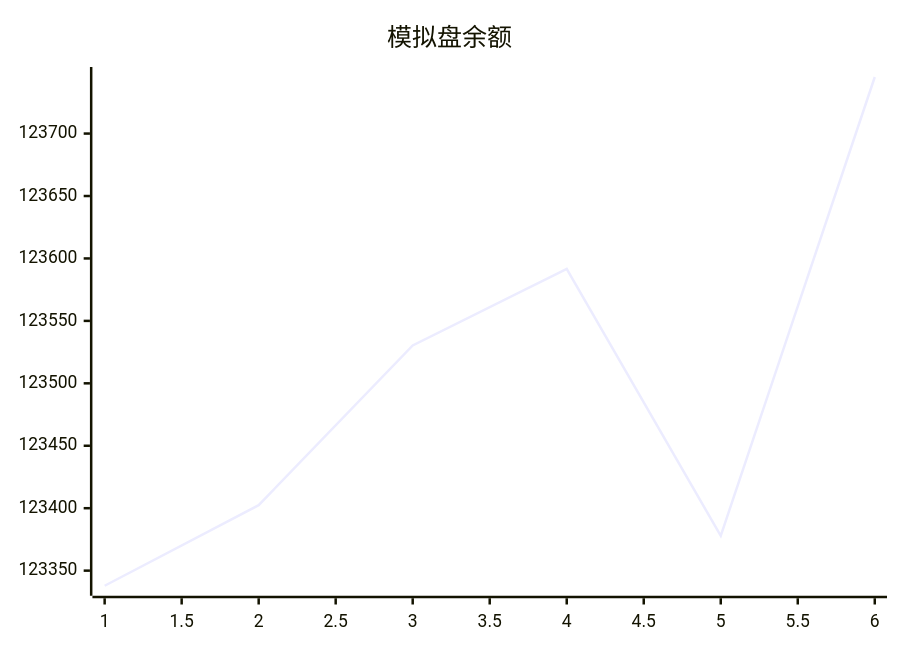
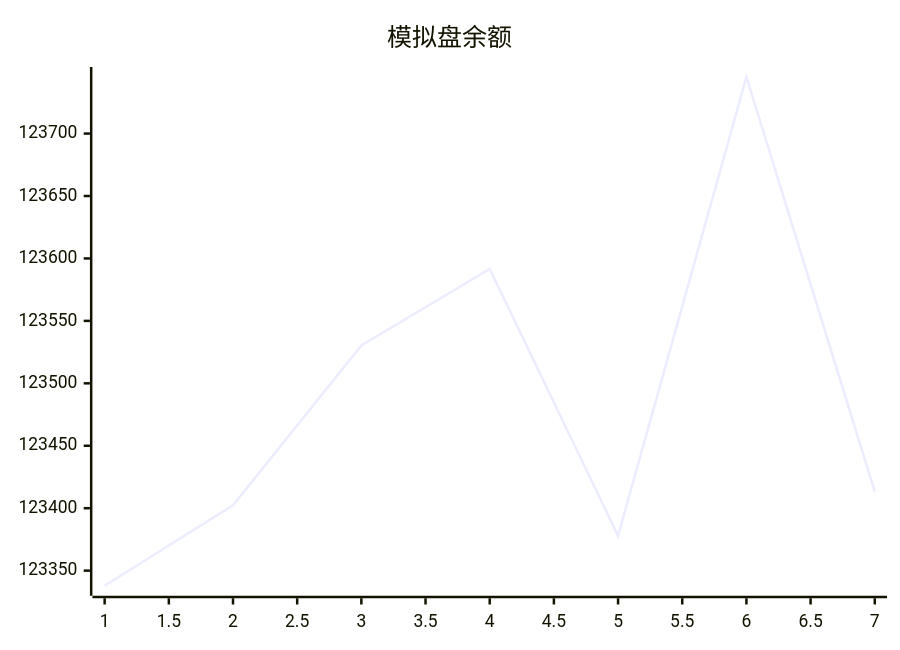
The diagram in trading/README.md (aahl/mcp-aktools), drawn with Mermaid before and after one commit. The commit also changed 1 other file, not shown here.

Commit message:
📈 AkTools MCP Server

````diff
--- a/trading/README.md
+++ b/trading/README.md
@@ -3,5 +3,5 @@
 ```mermaid
 xychart
     title "模拟盘余额"
-    line [123337.9,123402.4,123530.3,123591.6,123377.9,123745.3]
+    line [123337.9,123402.4,123530.3,123591.6,123377.9,123745.3,123413.3]
 ```
````
